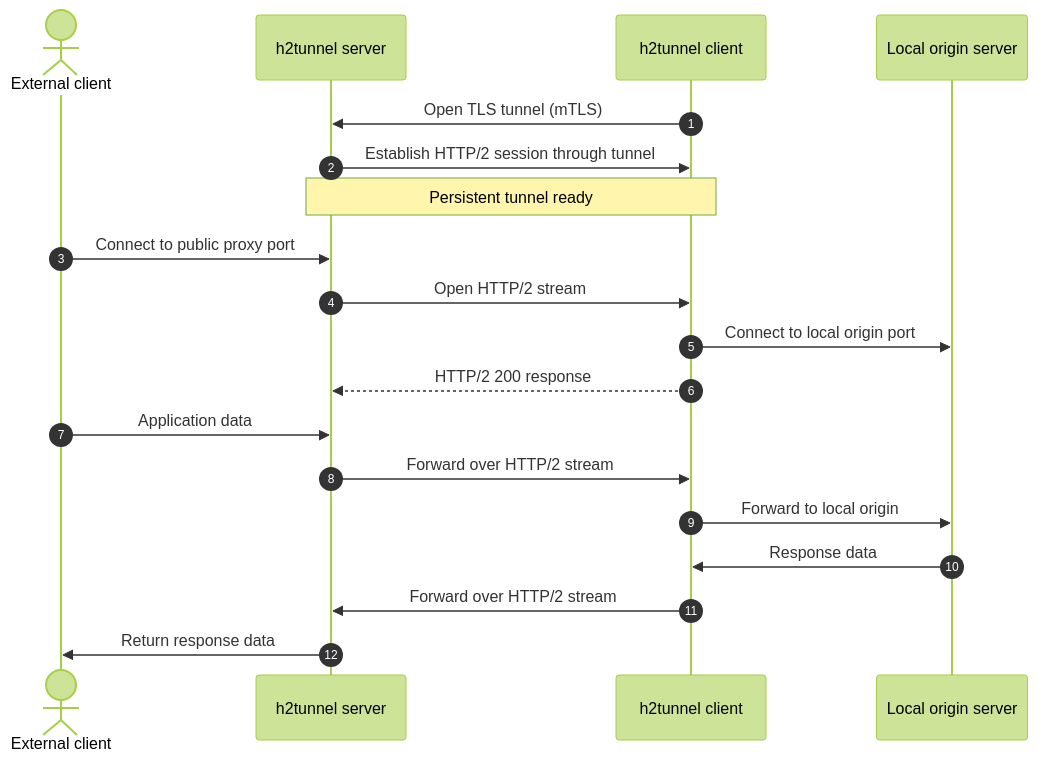
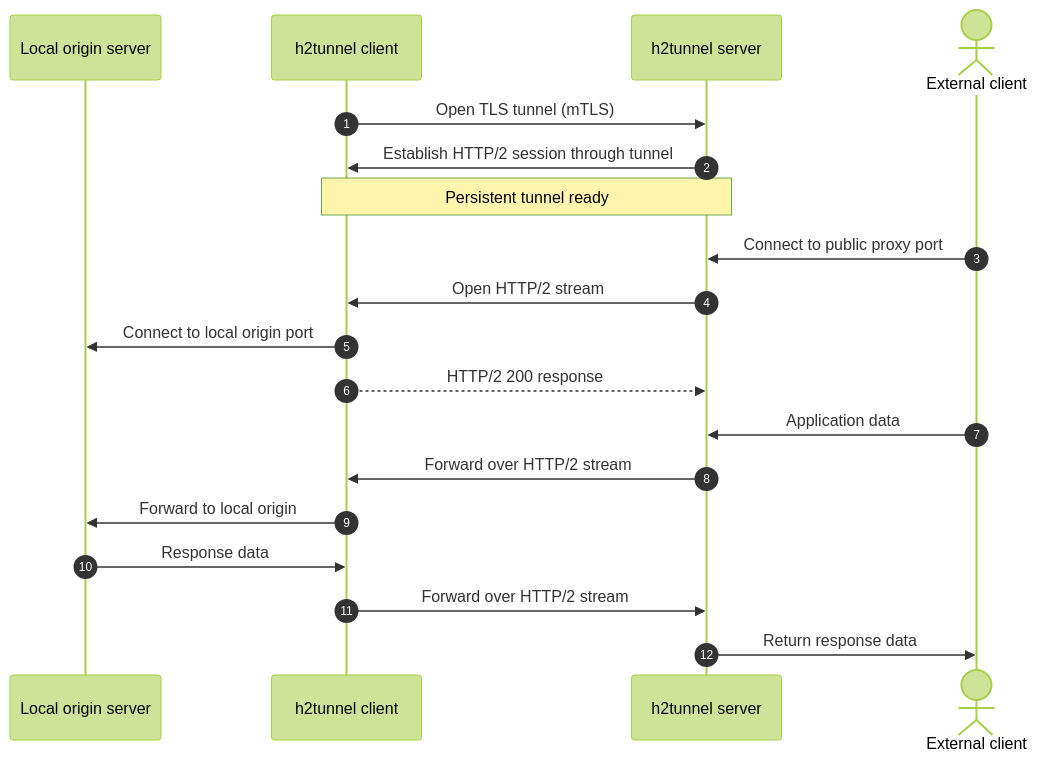
The diagram in README.md (boronine/h2tunnel), drawn with Mermaid (forest theme) before and after one commit. The commit also changed other lines of this file, not shown here.

Commit message:
docs(README): flip sequence diagram and remove draw.io diagram

````diff
--- a/README.md
+++ b/README.md
@@ -27,24 +25,24 @@
 ```mermaid
 sequenceDiagram
     autonumber
+    participant Origin as Local origin server
+    participant Client as h2tunnel client
+    participant Server as h2tunnel server
     actor Ext as External client
-    participant Server as h2tunnel server
-    participant Client as h2tunnel client
-    participant Origin as Local origin server
 
     Client->>Server: Open TLS tunnel (mTLS)
     Server->>Client: Establish HTTP/2 session through tunnel
     Note over Server,Client: Persistent tunnel ready
 
     Ext->>Server: Connect to public proxy port
     Server->>Client: Open HTTP/2 stream
     Client->>Origin: Connect to local origin port
     Client-->>Server: HTTP/2 200 response
 
     Ext->>Server: Application data
     Server->>Client: Forward over HTTP/2 stream
     Client->>Origin: Forward to local origin
     Origin->>Client: Response data
     Client->>Server: Forward over HTTP/2 stream
     Server->>Ext: Return response data
 ```
````
